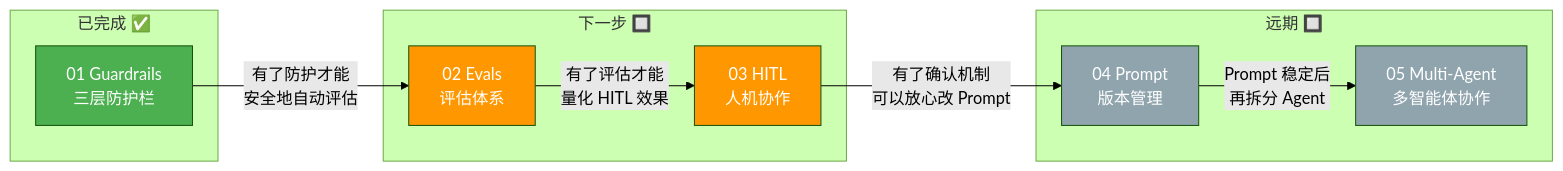
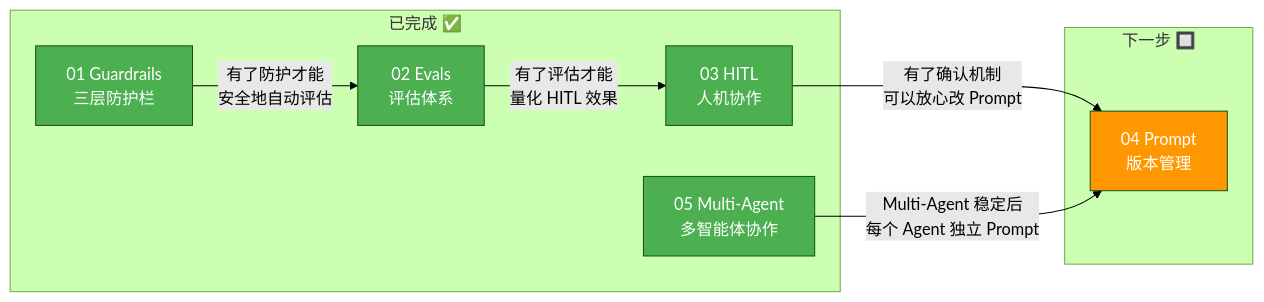
Before and after one commit to reallyhwc/test-learn-agent: the eighth of 12 diagrams in README.md, drawn with Mermaid (forest theme). The commit also changed other lines of this file and 5 other files, not shown here.

First line of the commit message:
docs: 全面更新项目文档反映 Multi-Agent 架构和 HITL 实施

````diff
--- a/README.md
+++ b/README.md
@@ -594,27 +643,24 @@
 ```mermaid
 graph LR
     subgraph "已完成 ✅"
         G["01 Guardrails<br/>三层防护栏"]
+        E["02 Evals<br/>评估体系"]
+        H["03 HITL<br/>人机协作"]
+        M["05 Multi-Agent<br/>多智能体协作"]
     end
 
     subgraph "下一步 🔲"
-        E["02 Evals<br/>评估体系"]
-        H["03 HITL<br/>人机协作"]
-    end
-
-    subgraph "远期 🔲"
         P["04 Prompt<br/>版本管理"]
-        M["05 Multi-Agent<br/>多智能体协作"]
     end
 
     G -->|"有了防护才能<br/>安全地自动评估"| E
     E -->|"有了评估才能<br/>量化 HITL 效果"| H
     H -->|"有了确认机制<br/>可以放心改 Prompt"| P
-    P -->|"Prompt 稳定后<br/>再拆分 Agent"| M
+    M -->|"Multi-Agent 稳定后<br/>每个 Agent 独立 Prompt"| P
 
     style G fill:#4caf50,color:#fff
-    style E fill:#ff9800,color:#fff
-    style H fill:#ff9800,color:#fff
-    style P fill:#90a4ae,color:#fff
-    style M fill:#90a4ae,color:#fff
+    style E fill:#4caf50,color:#fff
+    style H fill:#4caf50,color:#fff
+    style M fill:#4caf50,color:#fff
+    style P fill:#ff9800,color:#fff
 ```
````
